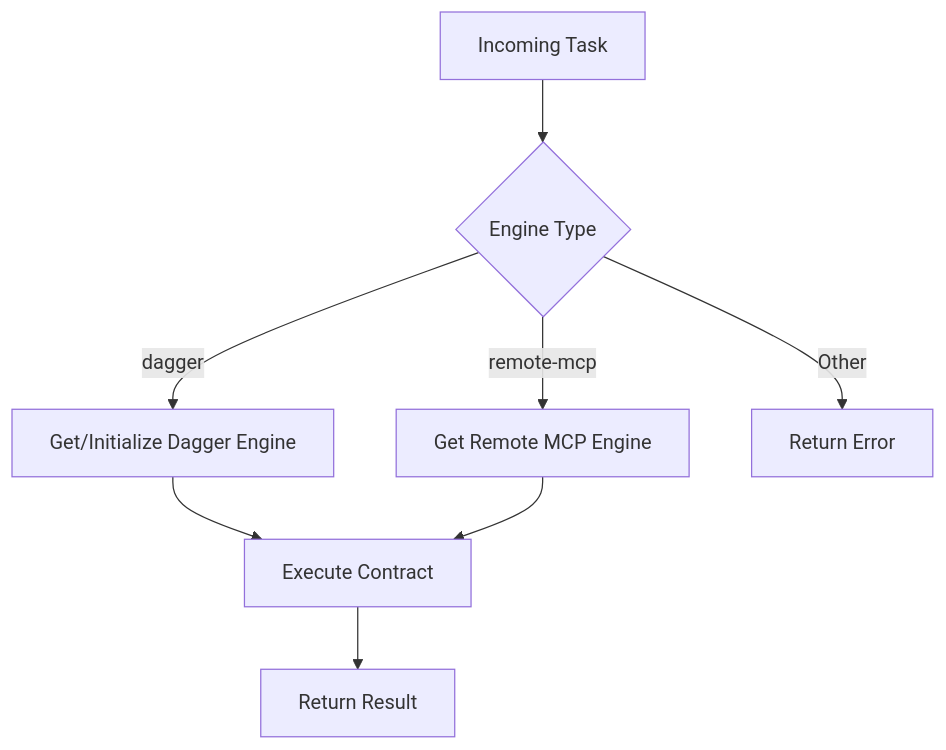
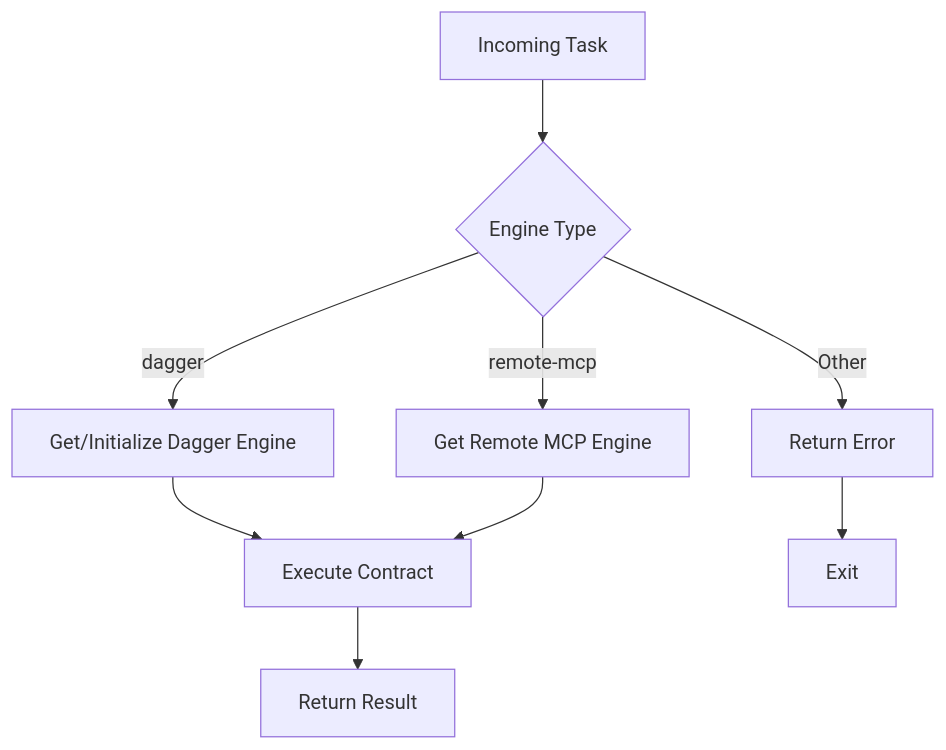
The fourth of 4 diagrams in docs/Core Services/Execution Engines.md (prxs-ai/praxis-go-sdk), drawn with Mermaid before and after one commit. The commit also changed other lines of this file and 33 other files, not shown here.

````diff
--- a/docs/Core Services/Execution Engines.md
+++ b/docs/Core Services/Execution Engines.md
@@ -265,10 +265,11 @@
 ```mermaid
 graph TD
 A[Incoming Task] --> B{Engine Type}
-B --> |dagger| C[Get/Initialize Dagger Engine]
-B --> |remote-mcp| D[Get Remote MCP Engine]
-B --> |Other| E[Return Error]
+B -->|dagger| C[Get/Initialize Dagger Engine]
+B -->|remote-mcp| D[Get Remote MCP Engine]
+B -->|Other| E[Return Error]
 C --> F[Execute Contract]
 D --> F
 F --> G[Return Result]
+E --> H[Exit]
 ```
````
